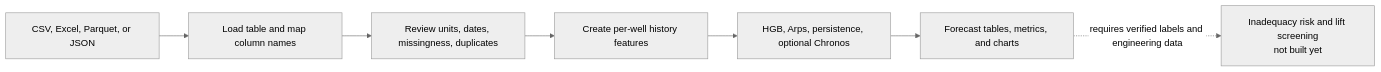
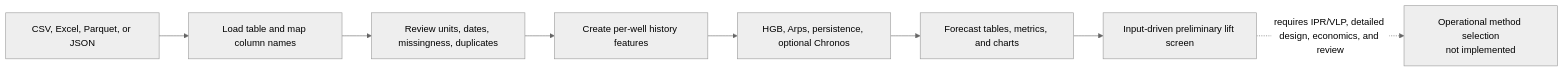
Before and after one commit to Wizzy-pixel-ui/GROUP-project-ML: the diagram in README.md, drawn with Mermaid (neutral theme). The commit also changed other lines of this file and 23 other files, not shown here.

Commit message:
Add auditable preliminary lift screening

````diff
--- a/README.md
+++ b/README.md
@@ -238,9 +241,10 @@
 ```mermaid
 flowchart LR
     A[CSV, Excel, Parquet, or JSON] --> B[Load table and map column names]
     B --> C[Review units, dates, missingness, duplicates]
     C --> D[Create per-well history features]
     D --> E[HGB, Arps, persistence, optional Chronos]
     E --> F[Forecast tables, metrics, and charts]
-    F -. requires verified labels and engineering data .-> G[Inadequacy risk and lift screening\nnot built yet]
+    F --> G[Input-driven preliminary lift screen]
+    G -. requires IPR/VLP, detailed design, economics, and review .-> H[Operational method selection\nnot implemented]
 ```
````
